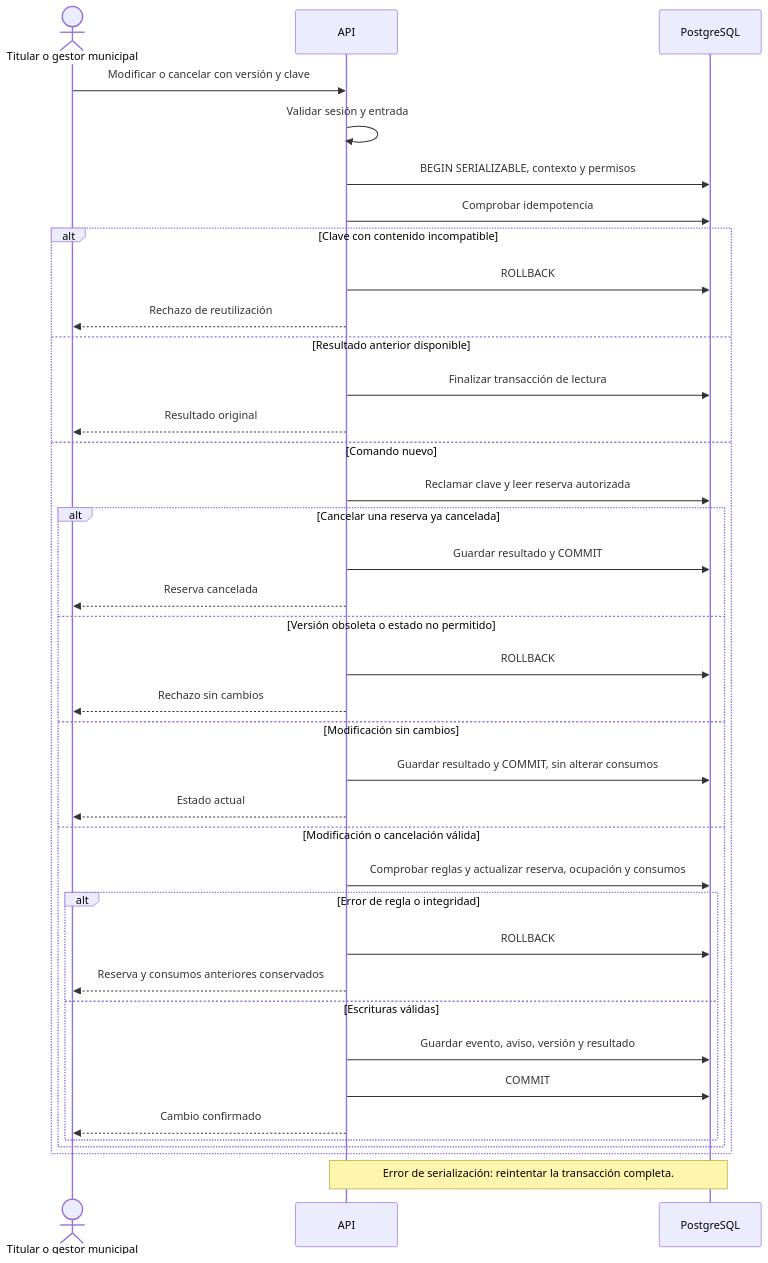
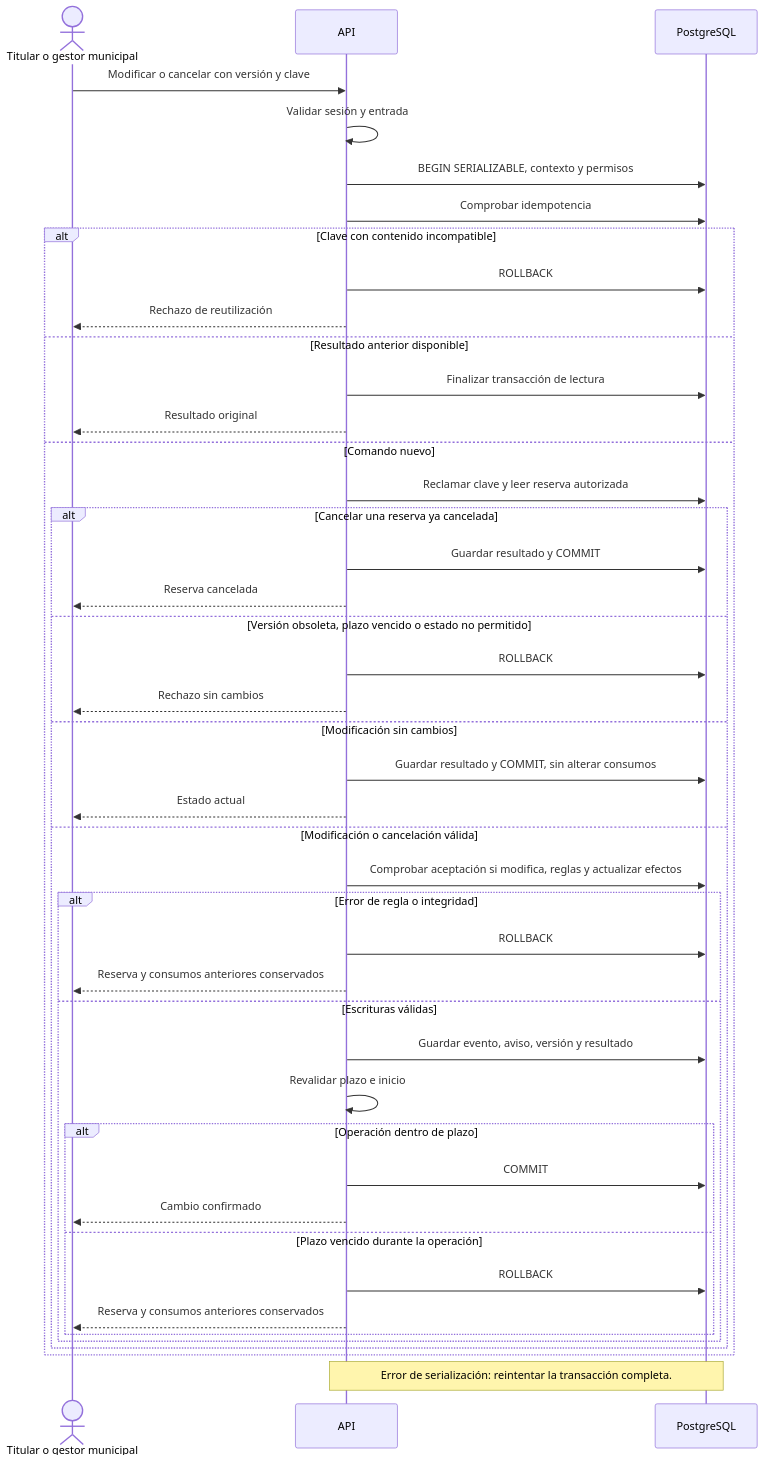
Before and after one commit to alanslzrr/quenda: the third of 4 diagrams in docs/03_procesos_y_secuencias.md, drawn with Mermaid. The commit also changed other lines of this file and 6 other files, not shown here.

````diff
--- a/docs/03_procesos_y_secuencias.md
+++ b/docs/03_procesos_y_secuencias.md
@@ -126,40 +134,46 @@
 ```mermaid
 sequenceDiagram
   actor U as Titular o gestor municipal
   participant A as API
   participant D as PostgreSQL
   U->>A: Modificar o cancelar con versión y clave
   A->>A: Validar sesión y entrada
   A->>D: BEGIN SERIALIZABLE, contexto y permisos
   A->>D: Comprobar idempotencia
   alt Clave con contenido incompatible
     A->>D: ROLLBACK
     A-->>U: Rechazo de reutilización
   else Resultado anterior disponible
     A->>D: Finalizar transacción de lectura
     A-->>U: Resultado original
   else Comando nuevo
     A->>D: Reclamar clave y leer reserva autorizada
     alt Cancelar una reserva ya cancelada
       A->>D: Guardar resultado y COMMIT
       A-->>U: Reserva cancelada
-    else Versión obsoleta o estado no permitido
+    else Versión obsoleta, plazo vencido o estado no permitido
       A->>D: ROLLBACK
       A-->>U: Rechazo sin cambios
     else Modificación sin cambios
       A->>D: Guardar resultado y COMMIT, sin alterar consumos
       A-->>U: Estado actual
     else Modificación o cancelación válida
-      A->>D: Comprobar reglas y actualizar reserva, ocupación y consumos
+      A->>D: Comprobar aceptación si modifica, reglas y actualizar efectos
       alt Error de regla o integridad
         A->>D: ROLLBACK
         A-->>U: Reserva y consumos anteriores conservados
       else Escrituras válidas
         A->>D: Guardar evento, aviso, versión y resultado
-        A->>D: COMMIT
-        A-->>U: Cambio confirmado
+        A->>A: Revalidar plazo e inicio
+        alt Operación dentro de plazo
+          A->>D: COMMIT
+          A-->>U: Cambio confirmado
+        else Plazo vencido durante la operación
+          A->>D: ROLLBACK
+          A-->>U: Reserva y consumos anteriores conservados
+        end
       end
     end
   end
   Note over A,D: Error de serialización: reintentar la transacción completa.
 ```
````
